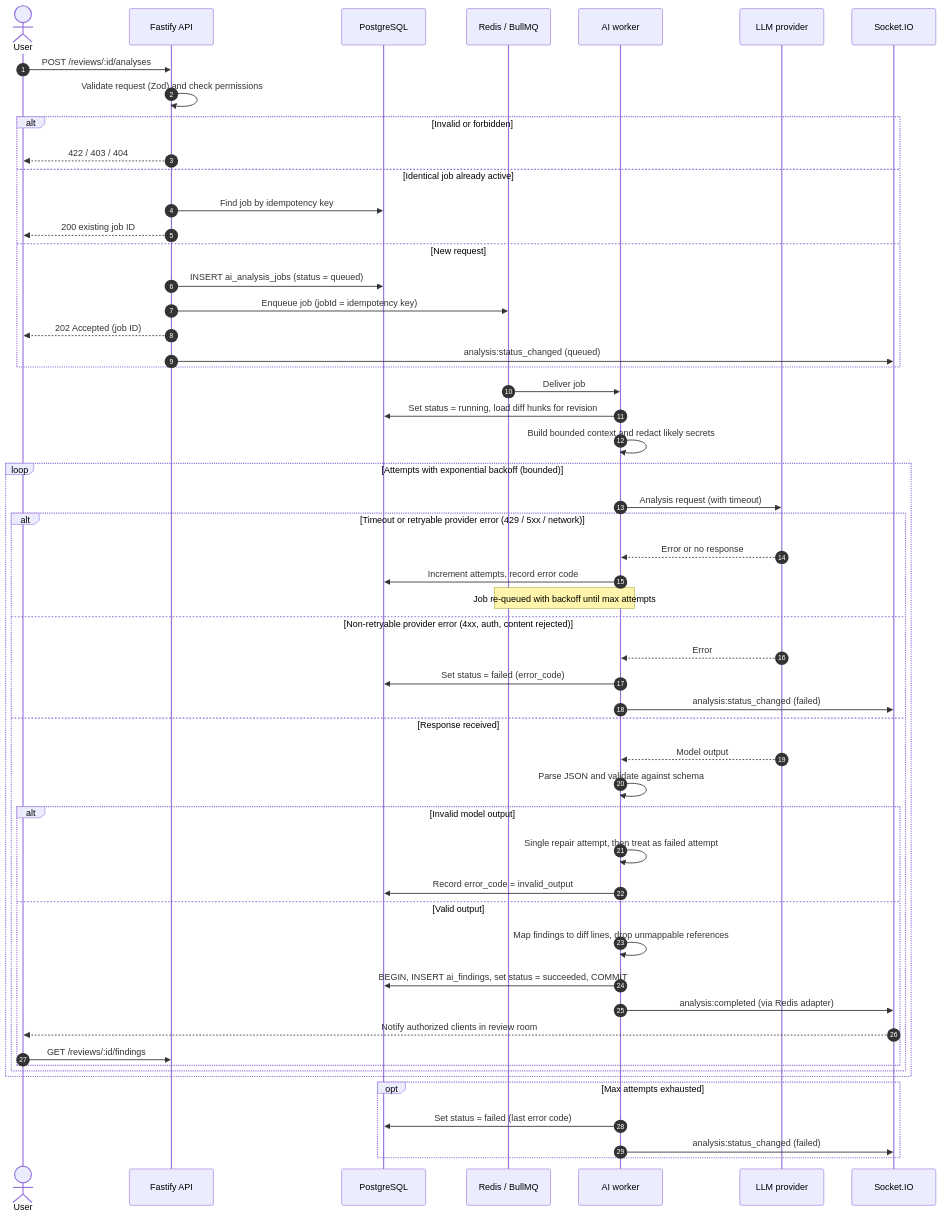
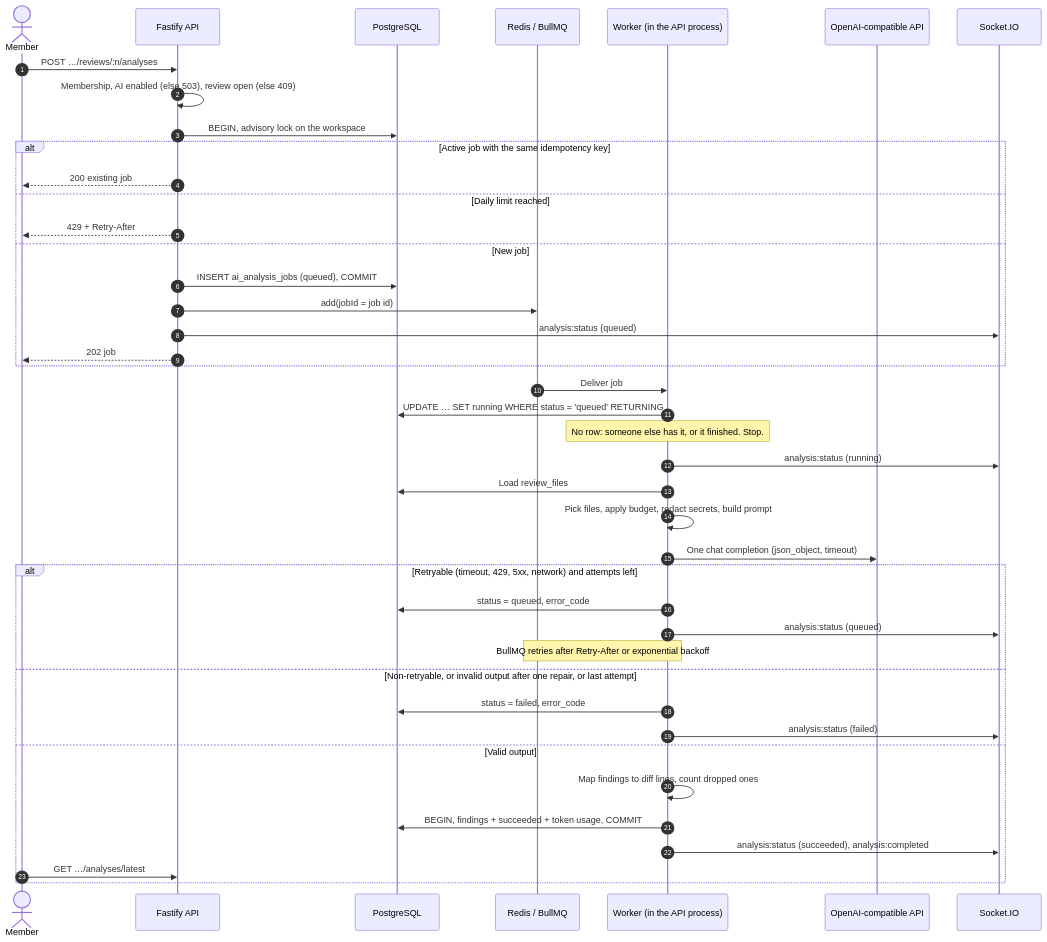
The diagram in docs/design/ai-analysis.md (man-singh-dev/diffCraft), drawn with Mermaid before and after one commit. The commit also changed other lines of this file and 52 other files, not shown here.

Commit message:
feat(ai): add AI review jobs with BullMQ, validated findings and secret redaction

````diff
--- a/docs/design/ai-analysis.md
+++ b/docs/design/ai-analysis.md
@@ -52,60 +43,46 @@
 ```mermaid
 sequenceDiagram
     autonumber
-    actor U as User
+    actor U as Member
     participant API as Fastify API
     participant DB as PostgreSQL
     participant Q as Redis / BullMQ
-    participant W as AI worker
-    participant LLM as LLM provider
+    participant W as Worker (in the API process)
+    participant LLM as OpenAI-compatible API
     participant IO as Socket.IO
 
-    U->>API: POST /reviews/:id/analyses
-    API->>API: Validate request (Zod) and check permissions
-    alt Invalid or forbidden
-        API-->>U: 422 / 403 / 404
-    else Identical job already active
-        API->>DB: Find job by idempotency key
-        API-->>U: 200 existing job ID
-    else New request
-        API->>DB: INSERT ai_analysis_jobs (status = queued)
-        API->>Q: Enqueue job (jobId = idempotency key)
-        API-->>U: 202 Accepted (job ID)
-        API->>IO: analysis:status_changed (queued)
+    U->>API: POST …/reviews/:n/analyses
+    API->>API: Membership, AI enabled (else 503), review open (else 409)
+    API->>DB: BEGIN, advisory lock on the workspace
+    alt Active job with the same idempotency key
+        API-->>U: 200 existing job
+    else Daily limit reached
+        API-->>U: 429 + Retry-After
+    else New job
+        API->>DB: INSERT ai_analysis_jobs (queued), COMMIT
+        API->>Q: add(jobId = job id)
+        API->>IO: analysis:status (queued)
+        API-->>U: 202 job
     end
 
     Q->>W: Deliver job
-    W->>DB: Set status = running, load diff hunks for revision
-    W->>W: Build bounded context and redact likely secrets
-
-    loop Attempts with exponential backoff (bounded)
-        W->>LLM: Analysis request (with timeout)
-        alt Timeout or retryable provider error (429 / 5xx / network)
-            LLM-->>W: Error or no response
-            W->>DB: Increment attempts, record error code
-            Note over W,Q: Job re-queued with backoff until max attempts
-        else Non-retryable provider error (4xx, auth, content rejected)
-            LLM-->>W: Error
-            W->>DB: Set status = failed (error_code)
-            W->>IO: analysis:status_changed (failed)
-        else Response received
-            LLM-->>W: Model output
-            W->>W: Parse JSON and validate against schema
-            alt Invalid model output
-                W->>W: Single repair attempt, then treat as failed attempt
-                W->>DB: Record error_code = invalid_output
-            else Valid output
-                W->>W: Map findings to diff lines, drop unmappable references
-                W->>DB: BEGIN, INSERT ai_findings, set status = succeeded, COMMIT
-                W->>IO: analysis:completed (via Redis adapter)
-                IO-->>U: Notify authorized clients in review room
-                U->>API: GET /reviews/:id/findings
-            end
-        end
-    end
-
-    opt Max attempts exhausted
-        W->>DB: Set status = failed (last error code)
-        W->>IO: analysis:status_changed (failed)
+    W->>DB: UPDATE … SET running WHERE status = 'queued' RETURNING
+    Note over W: No row: someone else has it, or it finished. Stop.
+    W->>IO: analysis:status (running)
+    W->>DB: Load review_files
+    W->>W: Pick files, apply budget, redact secrets, build prompt
+    W->>LLM: One chat completion (json_object, timeout)
+    alt Retryable (timeout, 429, 5xx, network) and attempts left
+        W->>DB: status = queued, error_code
+        W->>IO: analysis:status (queued)
+        Note over W,Q: BullMQ retries after Retry-After or exponential backoff
+    else Non-retryable, or invalid output after one repair, or last attempt
+        W->>DB: status = failed, error_code
+        W->>IO: analysis:status (failed)
+    else Valid output
+        W->>W: Map findings to diff lines, count dropped ones
+        W->>DB: BEGIN, findings + succeeded + token usage, COMMIT
+        W->>IO: analysis:status (succeeded), analysis:completed
+        U->>API: GET …/analyses/latest
     end
 ```
````
